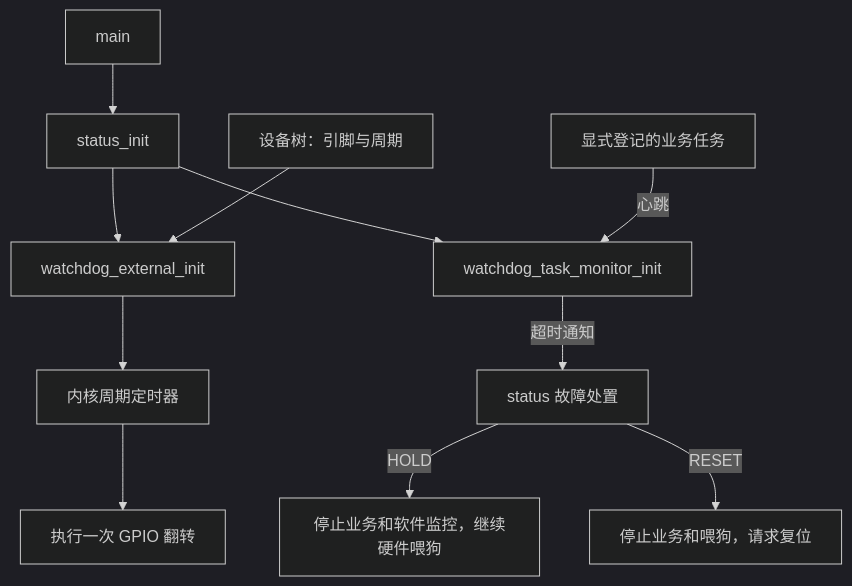
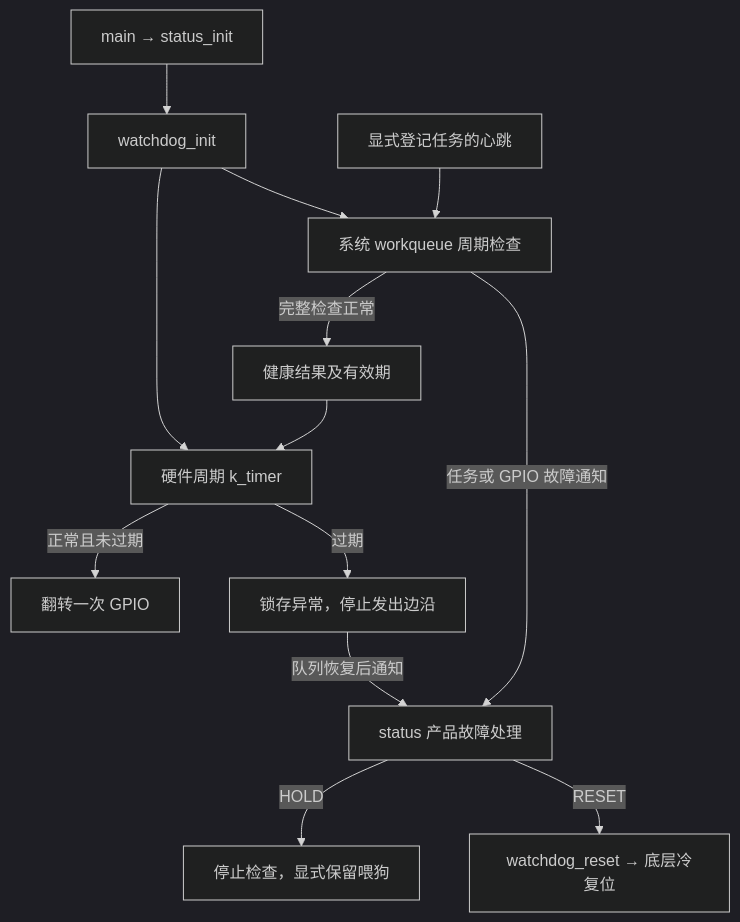
One commit to ryaaaaaan96/IDU-pre changed the diagram in docs/task-watchdog.md. Above: the diagram before and after it, drawn with Mermaid (dark theme). The commit also changed other lines of this file and 27 other files, not shown here.

Commit message:
Gate watchdog feeding with workqueue health leases and unify reset interface

````diff
--- a/docs/task-watchdog.md
+++ b/docs/task-watchdog.md
@@ -33,13 +6,15 @@
 ```mermaid
 flowchart TD
-    main[main] --> status[status_init]
-    status --> init[watchdog_external_init]
-    dts[设备树：引脚与周期] --> init
-    init --> timer[内核周期定时器]
-    timer --> feed[执行一次 GPIO 翻转]
-    status --> monitor[watchdog_task_monitor_init]
-    task[显式登记的业务任务] -->|心跳| monitor
-    monitor -->|超时通知| fault[status 故障处置]
-    fault -->|HOLD| hold[停止业务和软件监控，继续硬件喂狗]
-    fault -->|RESET| reset[停止业务和喂狗，请求复位]
+    main[main → status_init] --> init[watchdog_init]
+    init --> work[系统 workqueue 周期检查]
+    init --> timer[硬件周期 k_timer]
+    tasks[显式登记任务的心跳] --> work
+    work -->|完整检查正常| healthy[健康结果及有效期]
+    healthy --> timer
+    timer -->|正常且未过期| gpio[翻转一次 GPIO]
+    timer -->|过期| latch[锁存异常，停止发出边沿]
+    latch -->|队列恢复后通知| status[status 产品故障处理]
+    work -->|任务或 GPIO 故障通知| status
+    status -->|HOLD| hold[停止检查，显式保留喂狗]
+    status -->|RESET| reset[watchdog_reset → 底层冷复位]
 ```
````
